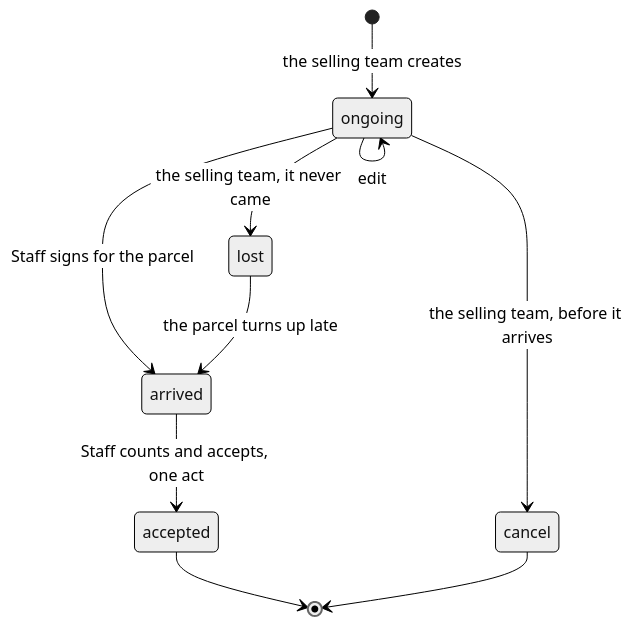
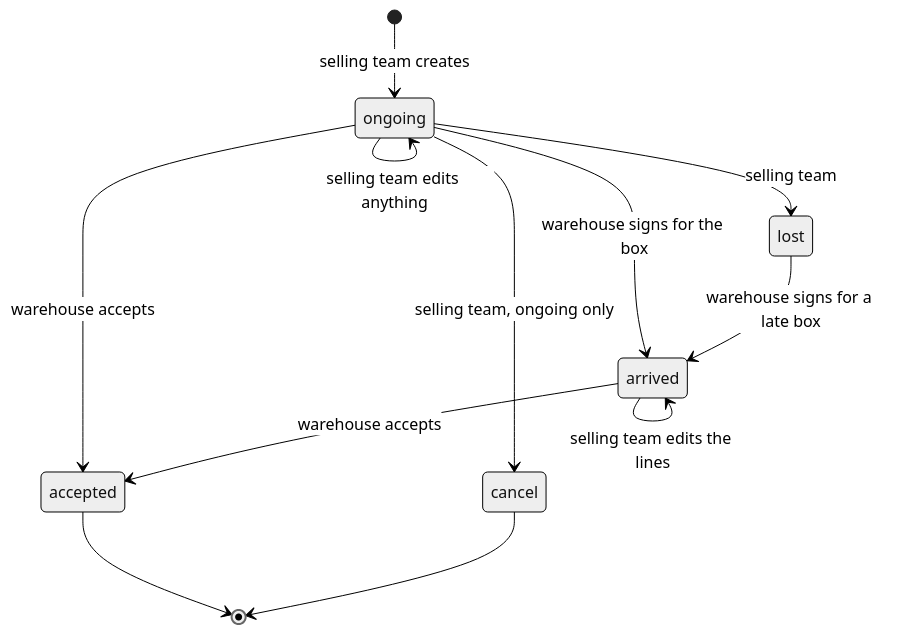
Before and after one commit to pdcgo/warehouse_revamp: the second of 7 diagrams in docs/business/inventory/restock_clarify.md, drawn with Mermaid (neutral theme). The commit also changed other lines of this file and 10 other files, not shown here.

````diff
--- a/docs/business/inventory/restock_clarify.md
+++ b/docs/business/inventory/restock_clarify.md
@@ -171,12 +262,14 @@
 ```mermaid
 stateDiagram-v2
-  [*] --> ongoing: the selling team creates
-  ongoing --> ongoing: edit
-  ongoing --> cancel: the selling team, before it arrives
-  ongoing --> lost: the selling team, it never came
-  ongoing --> arrived: Staff signs for the parcel
-  lost --> arrived: the parcel turns up late
-  arrived --> accepted: Staff counts and accepts, one act
+  [*] --> ongoing: selling team creates
+  ongoing --> ongoing: selling team edits anything
+  arrived --> arrived: selling team edits the lines
+  ongoing --> cancel: selling team, ongoing only
+  ongoing --> lost: selling team
+  ongoing --> arrived: warehouse signs for the box
+  ongoing --> accepted: warehouse accepts
+  arrived --> accepted: warehouse accepts
+  lost --> arrived: warehouse signs for a late box
   accepted --> [*]
   cancel --> [*]
 ```
````
